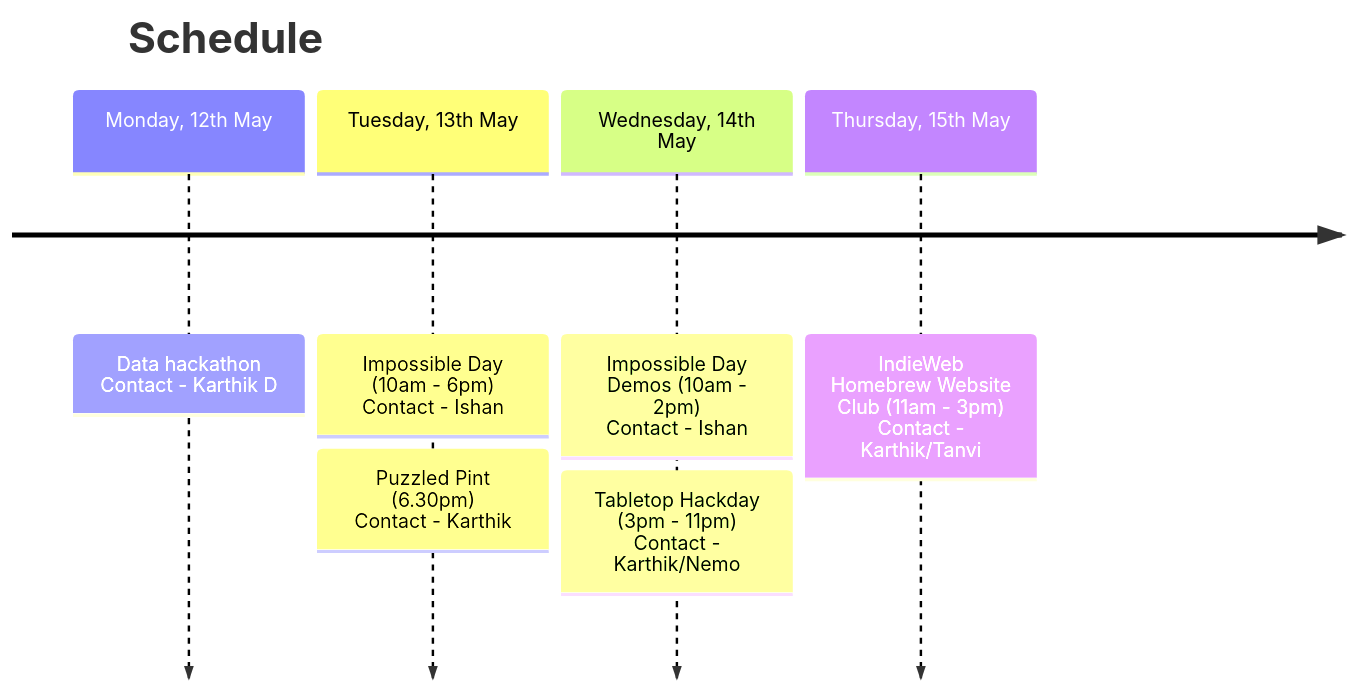
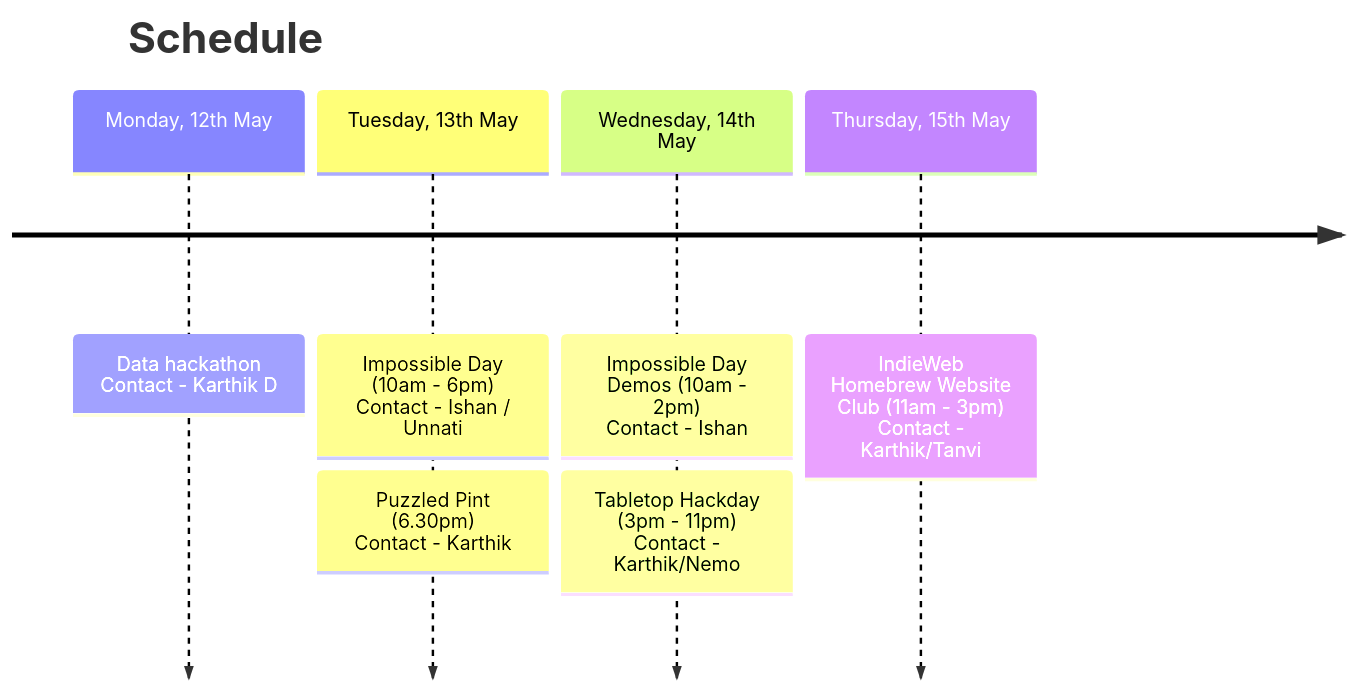
The diagram in README.md (karthikb351/recurse-ngw-2025), drawn with Mermaid before and after one commit.

````diff
--- a/README.md
+++ b/README.md
@@ -5,10 +5,10 @@
 ```mermaid
 timeline
     title Schedule
     Monday, 12th May :  Data hackathon <br><br> Contact - Karthik D
-    Tuesday, 13th May : Impossible Day (10am - 6pm) <br><br> Contact - Ishan
+    Tuesday, 13th May : Impossible Day (10am - 6pm) <br><br> Contact - Ishan / Unnati
         : Puzzled Pint <br> (6.30pm) <br><br> Contact - Karthik
     Wednesday, 14th May : Impossible Day Demos (10am - 2pm) <br><br> Contact - Ishan
         : Tabletop Hackday (3pm - 11pm) <br><br> Contact - Karthik/Nemo
     Thursday, 15th May : IndieWeb Homebrew Website Club (11am - 3pm) <br><br> Contact - Karthik/Tanvi
 ```
````
